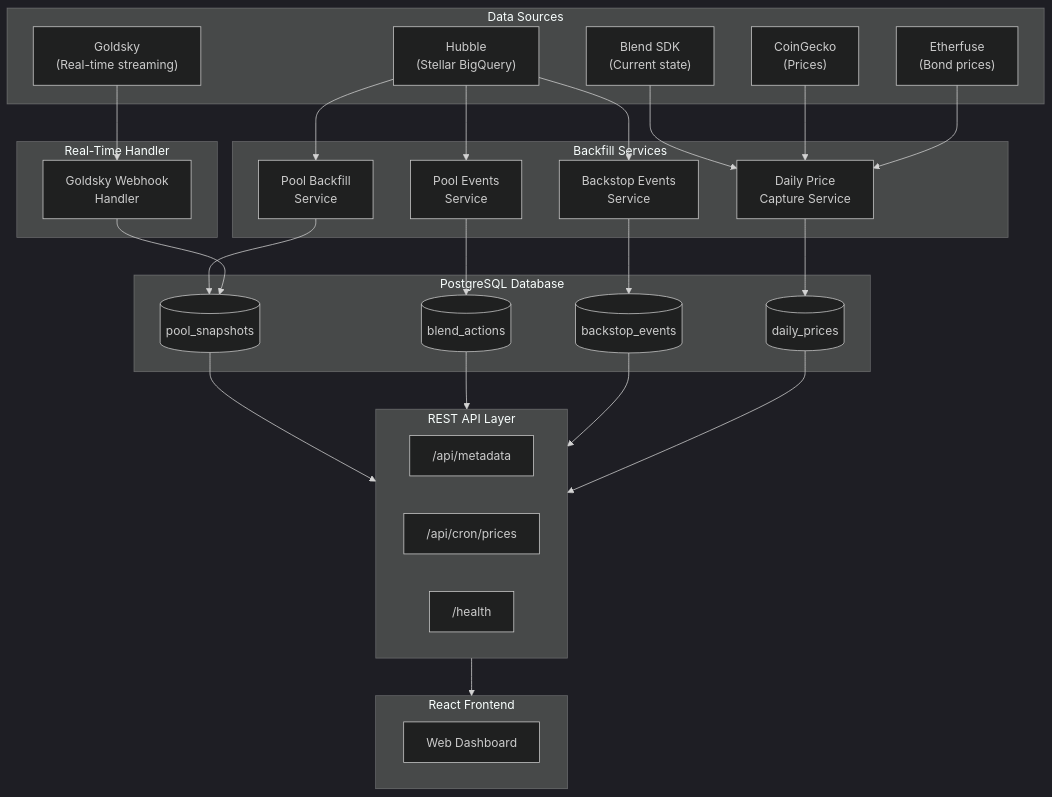
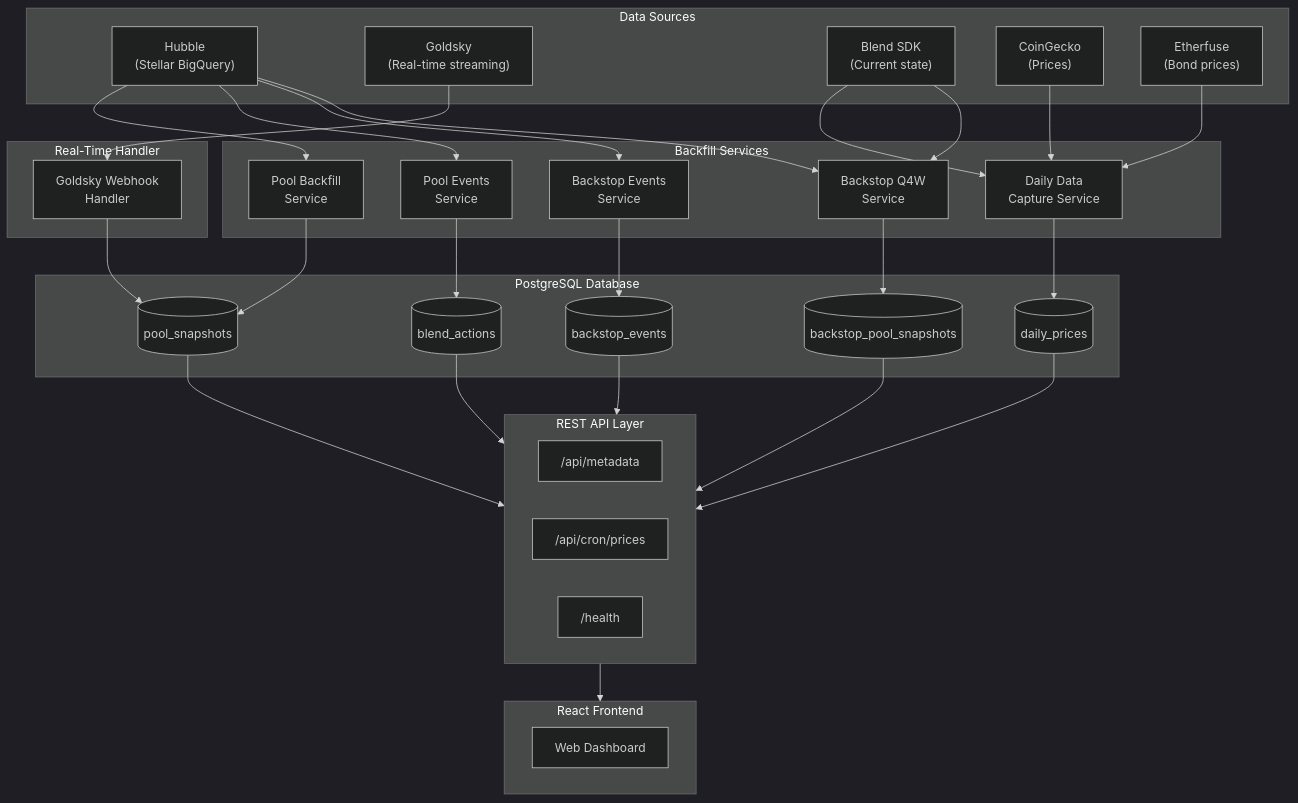
Before and after one commit to brunomlr/blend-indexer: the first of 6 diagrams in README.md, drawn with Mermaid (dark theme). The commit also changed other lines of this file, not shown here.

Commit message:
feat: add Backstop Q4W tracking and associated services to README docs: update service names and descriptions for clarity

````diff
--- a/README.md
+++ b/README.md
@@ -47,59 +47,65 @@
 ```mermaid
 flowchart TB
     subgraph DataSources["Data Sources"]
         BQ["Hubble<br/>(Stellar BigQuery)"]
         GS["Goldsky<br/>(Real-time streaming)"]
         SDK["Blend SDK<br/>(Current state)"]
         CG["CoinGecko<br/>(Prices)"]
         EF["Etherfuse<br/>(Bond prices)"]
     end
 
     subgraph BackfillServices["Backfill Services"]
         PBS["Pool Backfill<br/>Service"]
         ABS["Pool Events<br/>Service"]
         BBS["Backstop Events<br/>Service"]
-        PCS["Daily Price<br/>Capture Service"]
+        PCS["Daily Data<br/>Capture Service"]
+        BQS["Backstop Q4W<br/>Service"]
     end
 
     subgraph WebhookHandler["Real-Time Handler"]
         GWH["Goldsky Webhook<br/>Handler"]
     end
 
     subgraph Database["PostgreSQL Database"]
         PS[("pool_snapshots")]
         BA[("blend_actions")]
         BE[("backstop_events")]
         DP[("daily_prices")]
+        BPS[("backstop_pool_snapshots")]
     end
 
     subgraph API["REST API Layer"]
         META["/api/metadata"]
         PRICE["/api/cron/prices"]
         HEALTH["/health"]
     end
 
     subgraph Frontend["React Frontend"]
         UI["Web Dashboard"]
     end
 
     BQ --> PBS
     BQ --> ABS
     BQ --> BBS
+    BQ --> BQS
     GS --> GWH
     SDK --> PCS
+    SDK --> BQS
     CG --> PCS
     EF --> PCS
 
     PBS --> PS
     ABS --> BA
     BBS --> BE
     PCS --> DP
+    BQS --> BPS
     GWH --> PS
 
     PS --> API
     BA --> API
     BE --> API
     DP --> API
+    BPS --> API
 
     API --> Frontend
 ```
````
